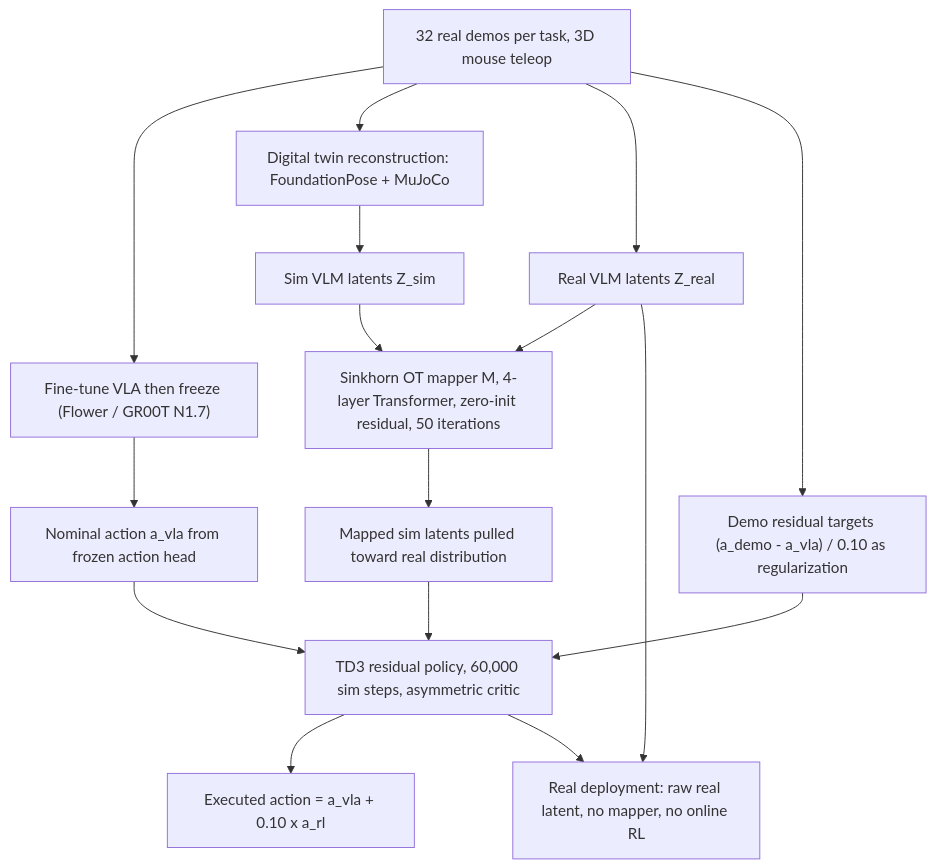
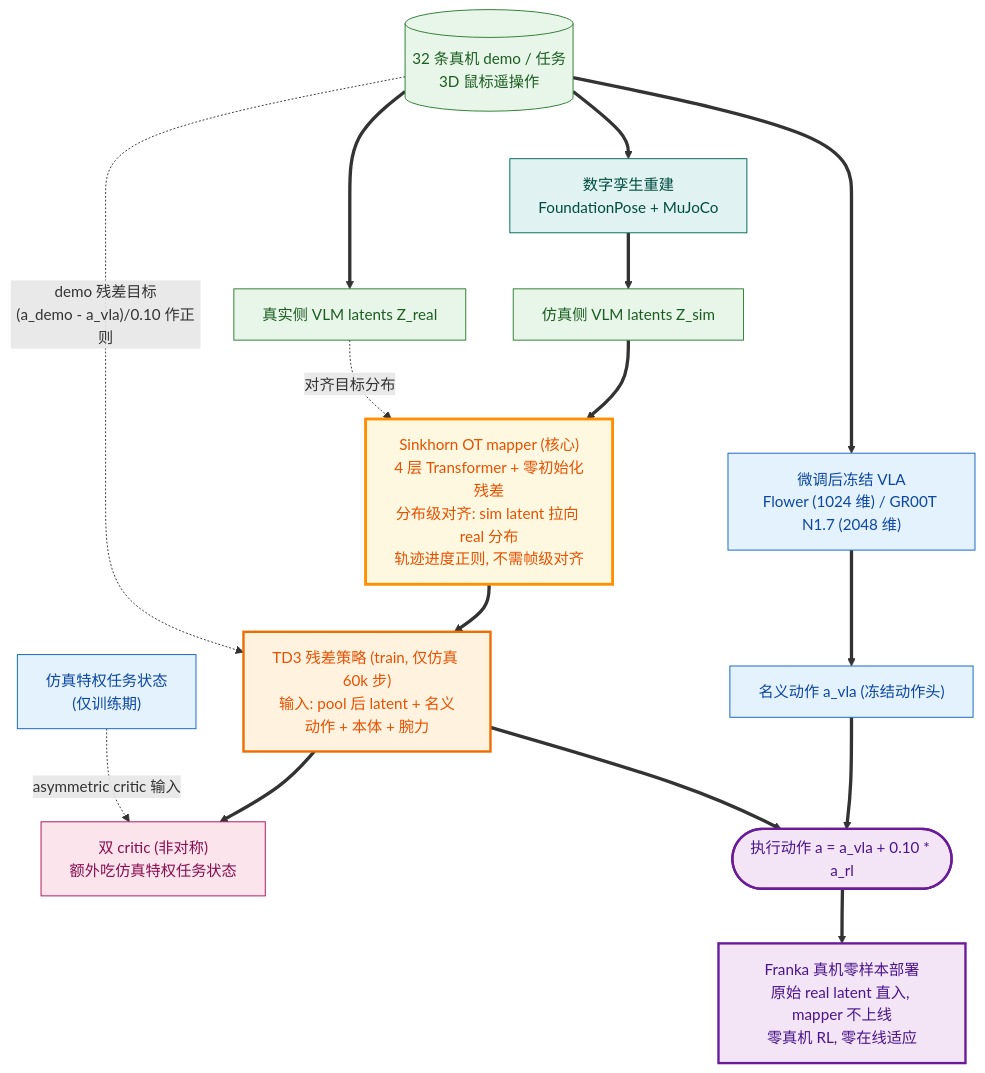
The diagram in notes/rl/vla/vlarl.md (luohu-arch/physical_intelligence_study), drawn with Mermaid before and after one commit. The commit also changed 153 other files, not shown here.

````diff
--- a/notes/rl/vla/vlarl.md
+++ b/notes/rl/vla/vlarl.md
@@ -48,18 +48,41 @@
 ```mermaid
-graph TD
-    DEMO["32 real demos per task, 3D mouse teleop"] --> FT["Fine-tune VLA then freeze (Flower / GR00T N1.7)"]
-    DEMO --> TWIN["Digital twin reconstruction: FoundationPose + MuJoCo"]
-    TWIN --> SIMZ["Sim VLM latents Z_sim"]
-    DEMO --> REALZ["Real VLM latents Z_real"]
-    SIMZ --> MAP["Sinkhorn OT mapper M, 4-layer Transformer, zero-init residual, 50 iterations"]
-    REALZ --> MAP
-    MAP --> ALIGNED["Mapped sim latents pulled toward real distribution"]
-    ALIGNED --> RL["TD3 residual policy, 60,000 sim steps, asymmetric critic"]
-    FT --> NOM["Nominal action a_vla from frozen action head"]
-    NOM --> RL
-    RL --> SUM["Executed action = a_vla + 0.10 x a_rl"]
-    REALZ --> DEPLOY["Real deployment: raw real latent, no mapper, no online RL"]
-    RL --> DEPLOY
-    DEMO --> AUX["Demo residual targets (a_demo - a_vla) / 0.10 as regularization"]
-    AUX --> RL
+%%{init: {
+  'theme':'base',
+  'themeVariables':{
+    'primaryColor':'#fafbfd','primaryBorderColor':'#4a5d7d','primaryTextColor':'#1f2937',
+    'fontFamily':'"PingFang SC","Hiragino Sans GB","Microsoft YaHei",sans-serif',
+    'fontSize':'14px','clusterBkg':'#fbfcfe','clusterBorder':'#b9c6d8','edgeLabelBackground':'#ffffff'
+  },
+  'flowchart':{'curve':'basis','nodeSpacing':26,'rankSpacing':42,'padding':10}
+}}%%
+flowchart TD
+    DEMO[("32 条真机 demo / 任务<br/>3D 鼠标遥操作")] ==> FT["微调后冻结 VLA<br/>Flower (1024 维) / GR00T N1.7 (2048 维)"]
+    DEMO ==> TWIN["数字孪生重建<br/>FoundationPose + MuJoCo"]
+    TWIN ==> SIMZ["仿真侧 VLM latents Z_sim"]
+    DEMO ==> REALZ["真实侧 VLM latents Z_real"]
+    SIMZ ==> MAP["Sinkhorn OT mapper (核心)<br/>4 层 Transformer + 零初始化残差<br/>分布级对齐: sim latent 拉向 real 分布<br/>轨迹进度正则, 不需帧级对齐"]
+    REALZ -.->|"对齐目标分布"| MAP
+    MAP ==> RL["TD3 残差策略 (train, 仅仿真 60k 步)<br/>输入: pool 后 latent + 名义动作 + 本体 + 腕力"]
+    FT ==> NOM["名义动作 a_vla (冻结动作头)"]
+    DEMO -.->|"demo 残差目标<br/>(a_demo - a_vla)/0.10 作正则"| RL
+    RL ==> CRITIC["双 critic (非对称)<br/>额外吃仿真特权任务状态"]
+    PRIV["仿真特权任务状态<br/>(仅训练期)"] -.->|"asymmetric critic 输入"| CRITIC
+    NOM ==> SUM(["执行动作 a = a_vla + 0.10 * a_rl"])
+    RL ==> SUM
+    SUM ==> DEPLOY["Franka 真机零样本部署<br/>原始 real latent 直入, mapper 不上线<br/>零真机 RL, 零在线适应"]
+
+    class DEMO,SIMZ,REALZ data
+    class FT,NOM,PRIV frozen
+    class TWIN env
+    class MAP key
+    class RL train
+    class CRITIC reward
+    class SUM,DEPLOY act
+    classDef data fill:#e8f5e9,stroke:#2e7d32,color:#1b5e20
+    classDef frozen fill:#e3f2fd,stroke:#1565c0,color:#0d47a1
+    classDef env fill:#e0f2f1,stroke:#00695c,color:#004d40
+    classDef key fill:#fff8e1,stroke:#ff8f00,stroke-width:3px,color:#e65100
+    classDef train fill:#fff3e0,stroke:#ef6c00,stroke-width:2.5px,color:#e65100
+    classDef reward fill:#fce4ec,stroke:#ad1457,color:#880e4f
+    classDef act fill:#f3e5f5,stroke:#6a1b9a,stroke-width:2.5px,color:#4a148c
 ```
````
